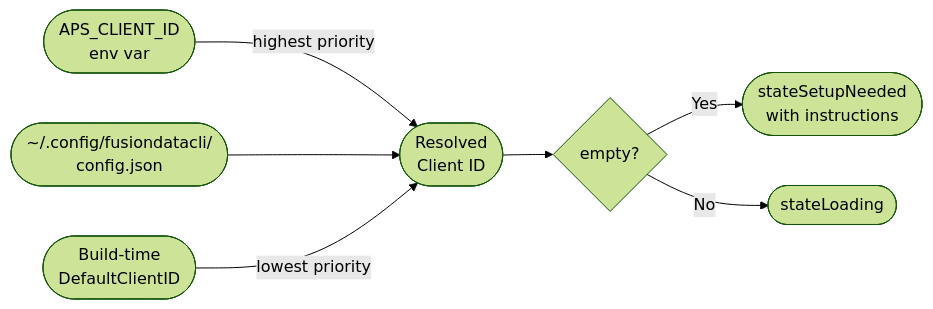
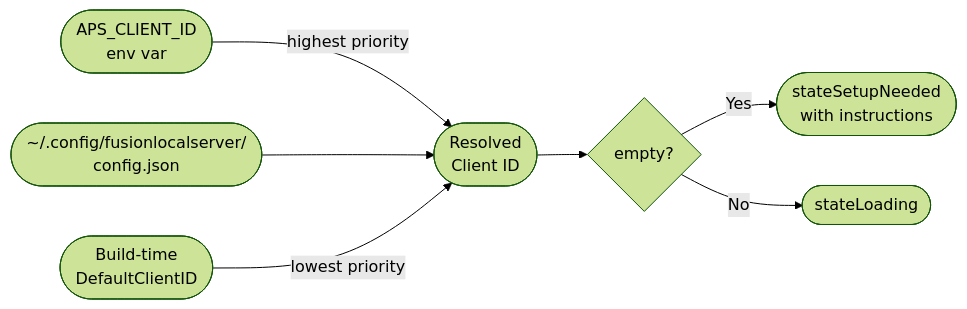
One commit to schneik80/fusionlocalserver changed the first of 3 diagrams in docs/development.md. Above: the diagram before and after it, drawn with Mermaid (forest theme). The commit also changed other lines of this file and 56 other files, not shown here.

````diff
--- a/docs/development.md
+++ b/docs/development.md
@@ -63,9 +66,9 @@
 ```mermaid
 flowchart LR
     A([APS_CLIENT_ID\nenv var]) -- "highest priority" --> R([Resolved\nClient ID])
-    B([~/.config/fusiondatacli/\nconfig.json]) --> R
+    B([~/.config/fusionlocalserver/\nconfig.json]) --> R
     C([Build-time\nDefaultClientID]) -- "lowest priority" --> R
     R --> D{empty?}
     D -- Yes --> E([stateSetupNeeded\nwith instructions])
     D -- No --> F([stateLoading])
 ```
````
